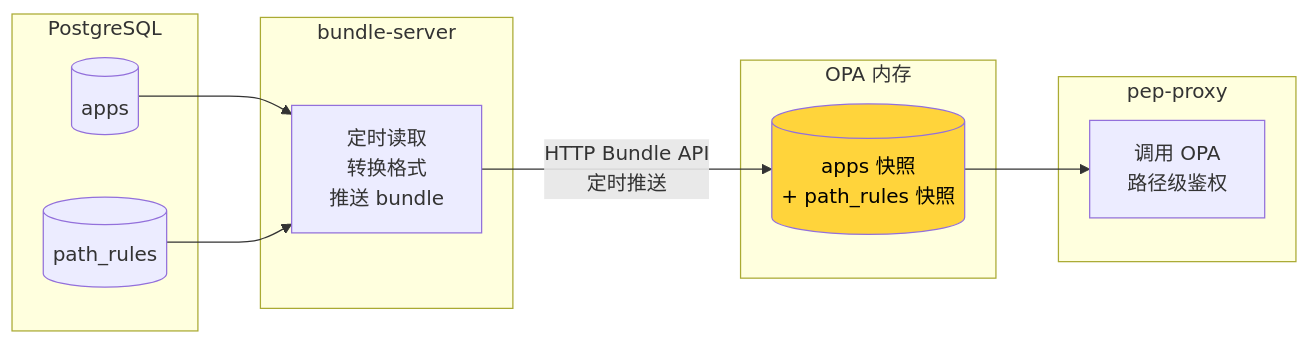
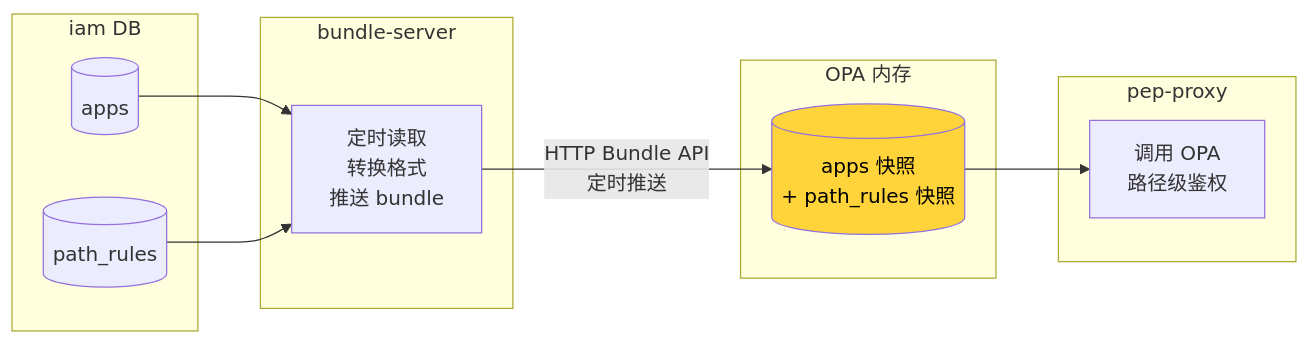
The eighth of 11 diagrams in diagrams/data-storage.md (xiewanchao/aidp-iam), drawn with Mermaid before and after one commit. The commit also changed other lines of this file and 5 other files, not shown here.

````diff
--- a/diagrams/data-storage.md
+++ b/diagrams/data-storage.md
@@ -265,26 +411,26 @@
 ```mermaid
 flowchart LR
-    subgraph PostgreSQL
+    subgraph "iam DB"
         APPS[(apps)]
         PR[(path_rules)]
     end
 
     subgraph bundle-server
         BS[定时读取<br/>转换格式<br/>推送 bundle]
     end
 
     subgraph OPA 内存
         OPADATA[(apps 快照<br/>+ path_rules 快照)]
     end
 
     subgraph pep-proxy
         PEP[调用 OPA<br/>路径级鉴权]
     end
 
     APPS --> BS
     PR --> BS
     BS -->|HTTP Bundle API<br/>定时推送| OPADATA
     OPADATA --> PEP
 
     style OPADATA fill:#ffd43b,color:#000
 ```
````
